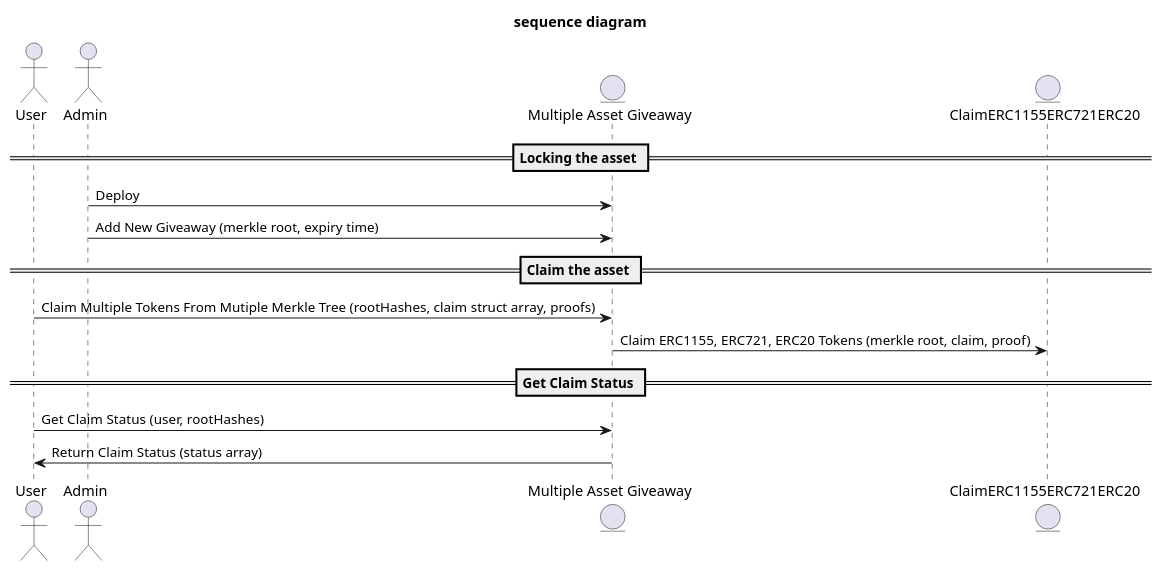
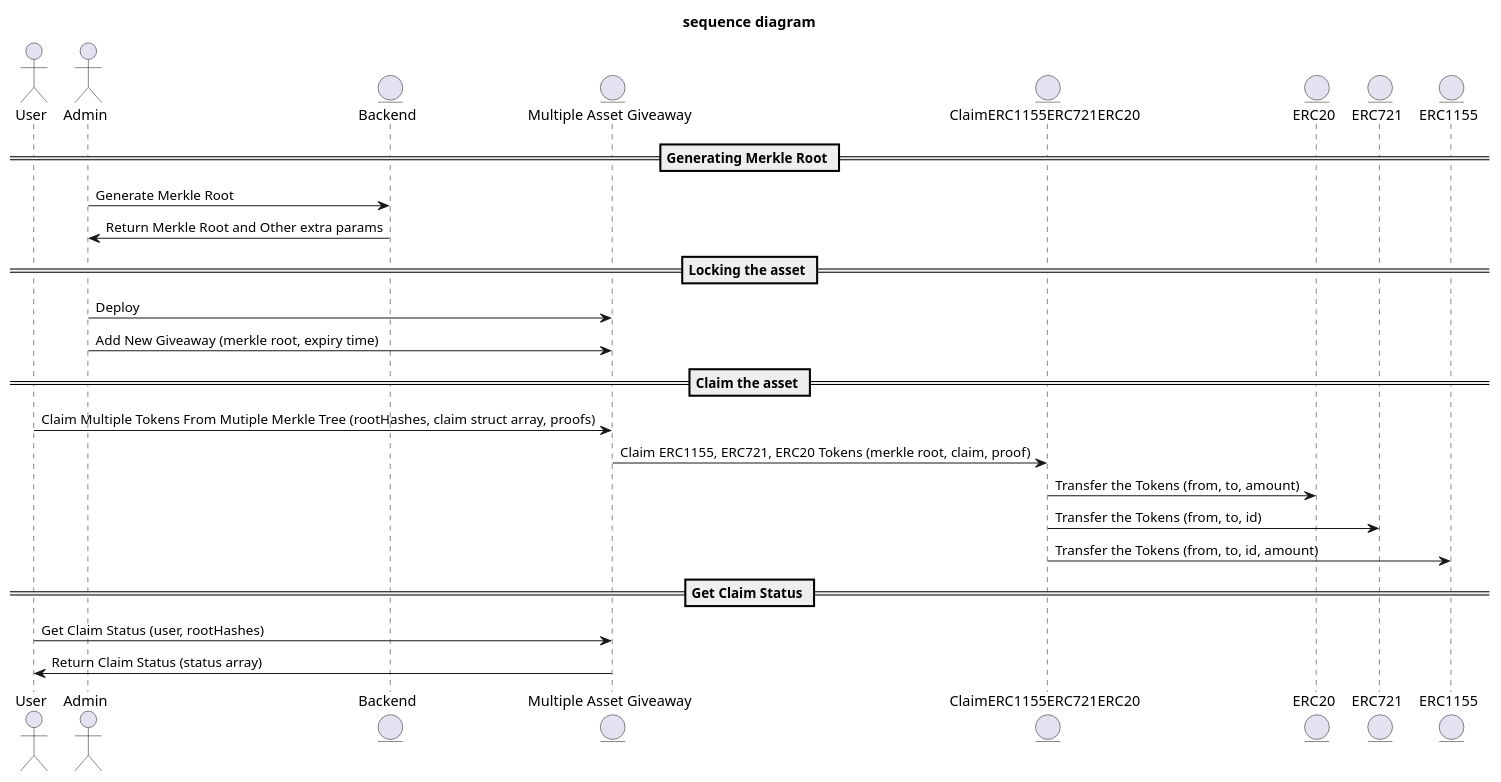
Before and after one commit to thesandboxgame/sandbox-smart-contracts: the first of 2 diagrams in docs/topics/asset/giveaway/multiple.md, drawn with PlantUML. The commit also changed other lines of this file and 1 other file, not shown here.

````diff
--- a/docs/topics/asset/giveaway/multiple.md
+++ b/docs/topics/asset/giveaway/multiple.md
@@ -34,20 +16,31 @@
 ```plantuml
 title sequence diagram
 
 actor User
 actor Admin
+entity Backend
 entity "Multiple Asset Giveaway"
-entity ClaimERC1155ERC721ERC20 
+entity ClaimERC1155ERC721ERC20
+entity ERC20
+entity ERC721
+entity ERC1155
+
+== Generating Merkle Root ==
+Admin -> Backend : Generate Merkle Root
+Backend -> Admin: Return Merkle Root and Other extra params
 
 == Locking the asset ==
 Admin -> "Multiple Asset Giveaway": Deploy
 Admin -> "Multiple Asset Giveaway": Add New Giveaway (merkle root, expiry time)
 
 == Claim the asset ==
 User -> "Multiple Asset Giveaway": Claim Multiple Tokens From Mutiple Merkle Tree (rootHashes, claim struct array, proofs)
 "Multiple Asset Giveaway" -> ClaimERC1155ERC721ERC20: Claim ERC1155, ERC721, ERC20 Tokens (merkle root, claim, proof)
+ClaimERC1155ERC721ERC20 -> ERC20: Transfer the Tokens (from, to, amount)
+ClaimERC1155ERC721ERC20 -> ERC721: Transfer the Tokens (from, to, id)
+ClaimERC1155ERC721ERC20 -> ERC1155: Transfer the Tokens (from, to, id, amount)
 
 == Get Claim Status ==
 User -> "Multiple Asset Giveaway": Get Claim Status (user, rootHashes)
 "Multiple Asset Giveaway" -> User: Return Claim Status (status array)
 ```
````
